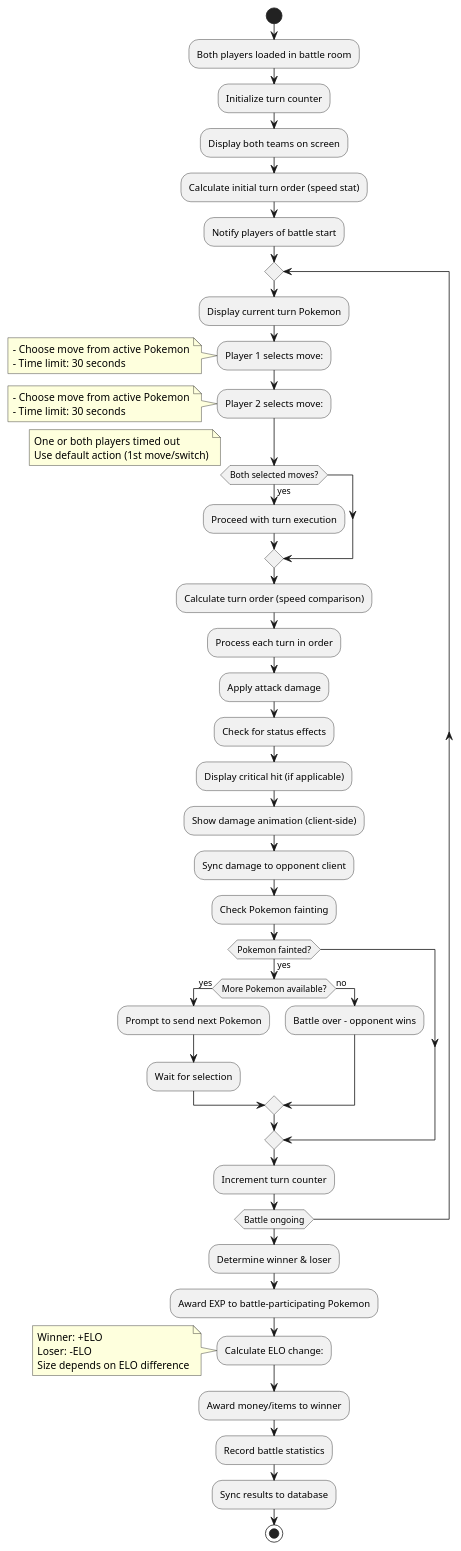
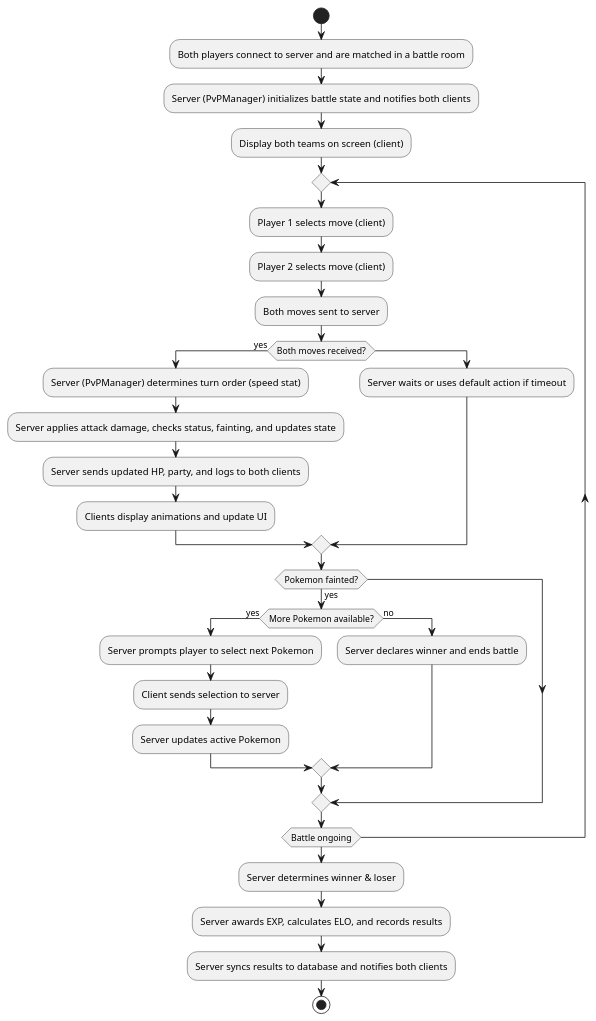
Before and after one commit to devKasumi/PokemonConsole: the diagram in TurnBasedPokemon/Diagram/ActivityDiagram/Detailed_UC9_PvPBattle_Activity.plantuml, drawn with PlantUML. The commit also changed 20 other files, not shown here.

```diff
--- a/TurnBasedPokemon/Diagram/ActivityDiagram/Detailed_UC9_PvPBattle_Activity.plantuml
+++ b/TurnBasedPokemon/Diagram/ActivityDiagram/Detailed_UC9_PvPBattle_Activity.plantuml
@@ -1,70 +1,34 @@
 @startuml UC9_PvPBattle_Activity
 start
-:Both players loaded in battle room;
-:Initialize turn counter;
-:Display both teams on screen;
-
-:Calculate initial turn order (speed stat);
-:Notify players of battle start;
+:Both players connect to server and are matched in a battle room;
+:Server (PvPManager) initializes battle state and notifies both clients;
+:Display both teams on screen (client);
 
 repeat
-  :Display current turn Pokemon;
-  :Player 1 selects move:;
-  note
-    - Choose move from active Pokemon
-    - Time limit: 30 seconds
-  end note
-  
-  :Player 2 selects move:;
-  note
-    - Choose move from active Pokemon
-    - Time limit: 30 seconds
-  end note
-  
-  if (Both selected moves?) then (yes)
-    :Proceed with turn execution;
+  :Player 1 selects move (client);
+  :Player 2 selects move (client);
+  :Both moves sent to server;
+  if (Both moves received?) then (yes)
+    :Server (PvPManager) determines turn order (speed stat);
+    :Server applies attack damage, checks status, fainting, and updates state;
+    :Server sends updated HP, party, and logs to both clients;
+    :Clients display animations and update UI;
   else
-    note
-      One or both players timed out
-      Use default action (1st move/switch)
-    end note
+    :Server waits or uses default action if timeout;
   endif
-  
-  :Calculate turn order (speed comparison);
-  
-  :Process each turn in order;
-  :Apply attack damage;
-  :Check for status effects;
-  :Display critical hit (if applicable);
-  :Show damage animation (client-side);
-  :Sync damage to opponent client;
-  
-  :Check Pokemon fainting;
   if (Pokemon fainted?) then (yes)
     if (More Pokemon available?) then (yes)
-      :Prompt to send next Pokemon;
-      :Wait for selection;
+      :Server prompts player to select next Pokemon;
+      :Client sends selection to server;
+      :Server updates active Pokemon;
     else (no)
-      :Battle over - opponent wins;
+      :Server declares winner and ends battle;
     endif
   endif
-  
-  :Increment turn counter;
-  
 repeat while (Battle ongoing)
 
-:Determine winner & loser;
-:Award EXP to battle-participating Pokemon;
-:Calculate ELO change:;
-note
-  Winner: +ELO
-  Loser: -ELO
-  Size depends on ELO difference
-end note
-
-:Award money/items to winner;
-:Record battle statistics;
-:Sync results to database;
-
+:Server determines winner & loser;
+:Server awards EXP, calculates ELO, and records results;
+:Server syncs results to database and notifies both clients;
 stop
 @enduml
```
